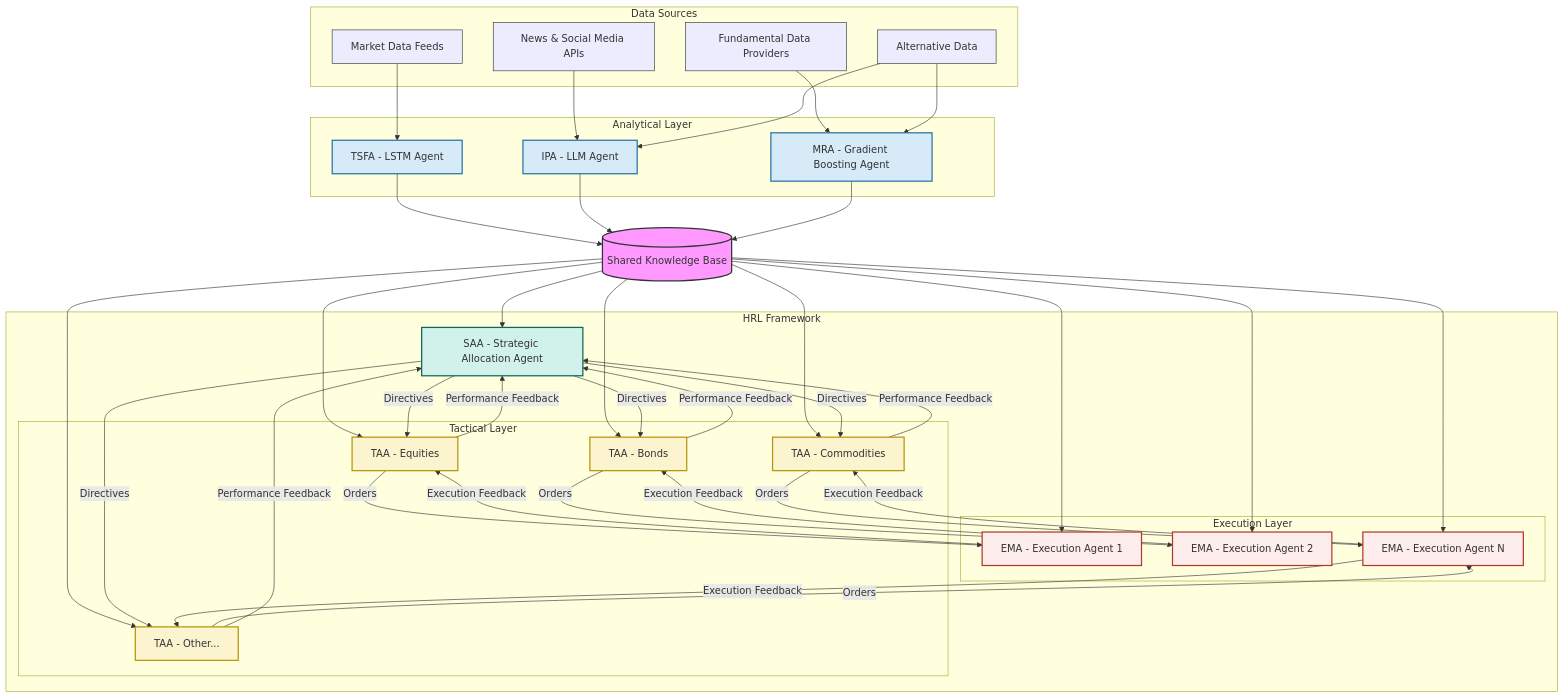
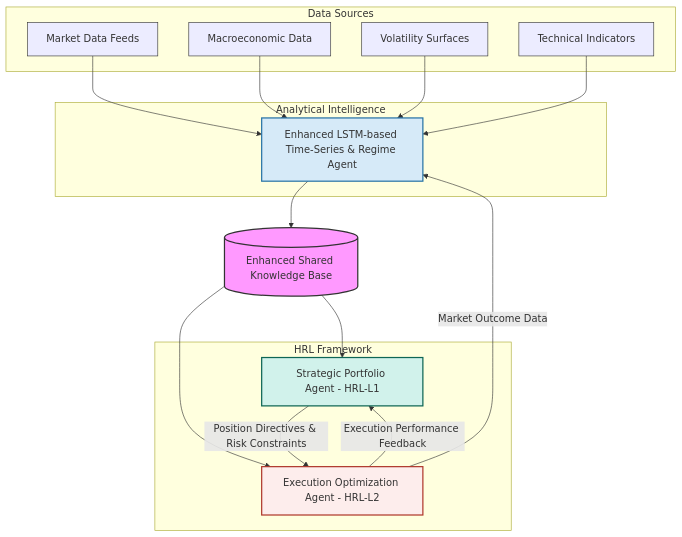
The first of 2 diagrams in paper.md (blackms/AlphaPulse), drawn with Mermaid before and after one commit. The commit also changed other lines of this file and 13 other files, not shown here.

First line of the commit message:
feat: comprehensive empirical validation and architecture simplification

````diff
--- a/paper.md
+++ b/paper.md
@@ -109,85 +109,45 @@
 ```mermaid
 graph TD
-    subgraph Analytical Layer
-        A1[TSFA - LSTM Agent]
-        A2[IPA - LLM Agent]
-        A3[MRA - Gradient Boosting Agent]
+    subgraph Analytical Intelligence
+        ELTRA[Enhanced LSTM-based Time-Series & Regime Agent]
     end
 
     subgraph HRL Framework
-        HRL1[SAA - Strategic Allocation Agent]
-        subgraph Tactical Layer
-            HRL2_Equity[TAA - Equities]
-            HRL2_Bonds[TAA - Bonds]
-            HRL2_Commod[TAA - Commodities]
-            HRL2_Other[TAA - Other...]
-        end
-        subgraph Execution Layer
-            HRL3_Exec1[EMA - Execution Agent 1]
-            HRL3_Exec2[EMA - Execution Agent 2]
-            HRL3_ExecN[EMA - Execution Agent N]
-        end
+        SPA[Strategic Portfolio Agent - HRL-L1]
+        EOA[Execution Optimization Agent - HRL-L2]
     end
 
     subgraph Data Sources
         DS_Market[Market Data Feeds]
-        DS_News[News & Social Media APIs]
-        DS_Fundamental[Fundamental Data Providers]
-        DS_Alternative[Alternative Data]
+        DS_Macro[Macroeconomic Data]
+        DS_Vol[Volatility Surfaces]
+        DS_Technical[Technical Indicators]
     end
 
-    DS_Market --> A1
-    DS_News --> A2
-    DS_Fundamental --> A3
-    DS_Alternative --> A2
-    DS_Alternative --> A3
+    DS_Market --> ELTRA
+    DS_Macro --> ELTRA
+    DS_Vol --> ELTRA
+    DS_Technical --> ELTRA
 
-    A1 --> SKB[(Shared Knowledge Base)]
-    A2 --> SKB
-    A3 --> SKB
-
-    SKB --> HRL1
-    SKB --> HRL2_Equity
-    SKB --> HRL2_Bonds
-    SKB --> HRL2_Commod
-    SKB --> HRL2_Other
-    SKB --> HRL3_Exec1
-    SKB --> HRL3_Exec2
-    SKB --> HRL3_ExecN
-
-    HRL1 -- Directives --> HRL2_Equity
-    HRL1 -- Directives --> HRL2_Bonds
-    HRL1 -- Directives --> HRL2_Commod
-    HRL1 -- Directives --> HRL2_Other
-
-    HRL2_Equity -- Orders --> HRL3_Exec1
-    HRL2_Bonds -- Orders --> HRL3_Exec2
-    HRL2_Commod -- Orders --> HRL3_ExecN
-    HRL2_Other -- Orders --> HRL3_ExecN
-
-    HRL3_Exec1 -- Execution Feedback --> HRL2_Equity
-    HRL3_Exec2 -- Execution Feedback --> HRL2_Bonds
-    HRL3_ExecN -- Execution Feedback --> HRL2_Commod
-    HRL3_ExecN -- Execution Feedback --> HRL2_Other
-
-    HRL2_Equity -- Performance Feedback --> HRL1
-    HRL2_Bonds -- Performance Feedback --> HRL1
-    HRL2_Commod -- Performance Feedback --> HRL1
-    HRL2_Other -- Performance Feedback --> HRL1
+    ELTRA --> SKB[(Enhanced Shared Knowledge Base)]
+    SKB --> SPA
+    SKB --> EOA
+    
+    SPA -- Position Directives & Risk Constraints --> EOA
+    EOA -- Execution Performance Feedback --> SPA
+    EOA -- Market Outcome Data --> ELTRA
 
     style SKB fill:#f9f,stroke:#333,stroke-width:2px
     style DS_Market fill:#lightgrey,stroke:#333
-    style DS_News fill:#lightgrey,stroke:#333
-    style DS_Fundamental fill:#lightgrey,stroke:#333
-    style DS_Alternative fill:#lightgrey,stroke:#333
+    style DS_Macro fill:#lightgrey,stroke:#333
+    style DS_Vol fill:#lightgrey,stroke:#333
+    style DS_Technical fill:#lightgrey,stroke:#333
 
     classDef analytical fill:#D6EAF8,stroke:#2874A6,stroke-width:2px;
     classDef hrl_strategic fill:#D1F2EB,stroke:#0E6655,stroke-width:2px;
-    classDef hrl_tactical fill:#FCF3CF,stroke:#B7950B,stroke-width:2px;
     classDef hrl_execution fill:#FDEDEC,stroke:#B03A2E,stroke-width:2px;
 
-    class A1,A2,A3 analytical;
-    class HRL1 hrl_strategic;
-    class HRL2_Equity,HRL2_Bonds,HRL2_Commod,HRL2_Other hrl_tactical;
-    class HRL3_Exec1,HRL3_Exec2,HRL3_ExecN hrl_execution;
+    class ELTRA analytical;
+    class SPA hrl_strategic;
+    class EOA hrl_execution;
 ```
````
